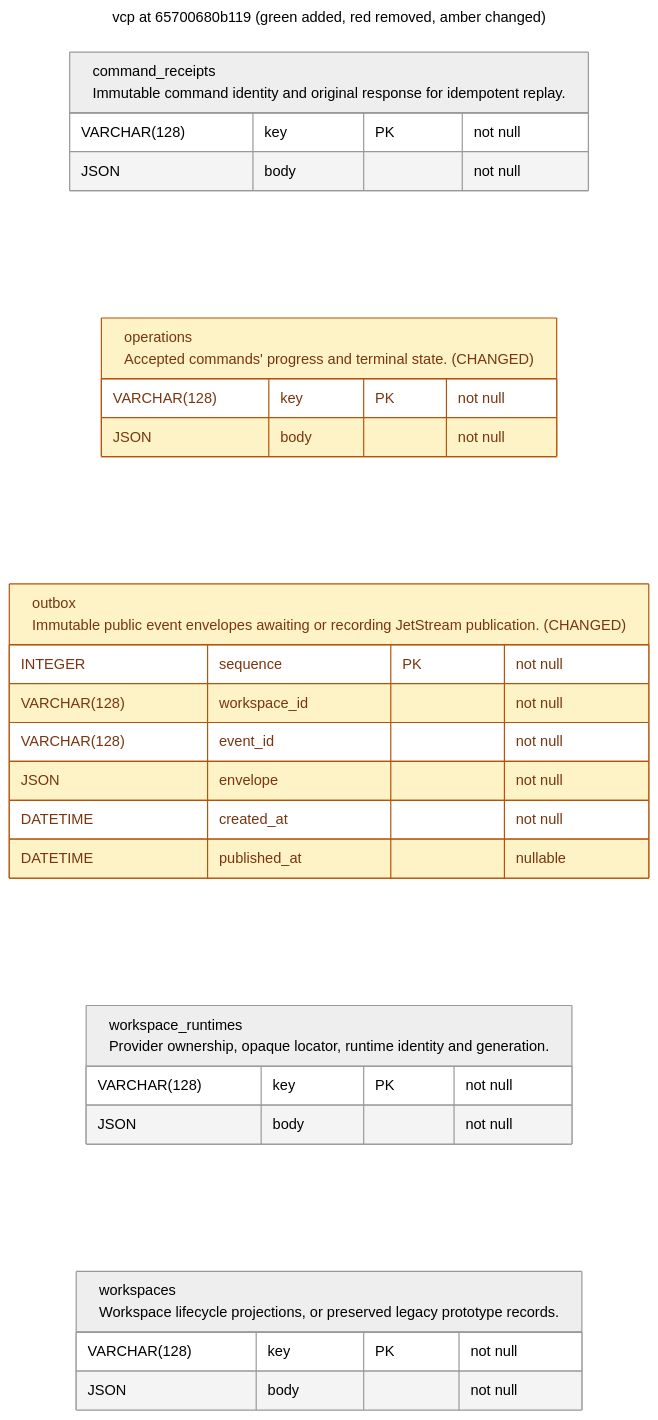
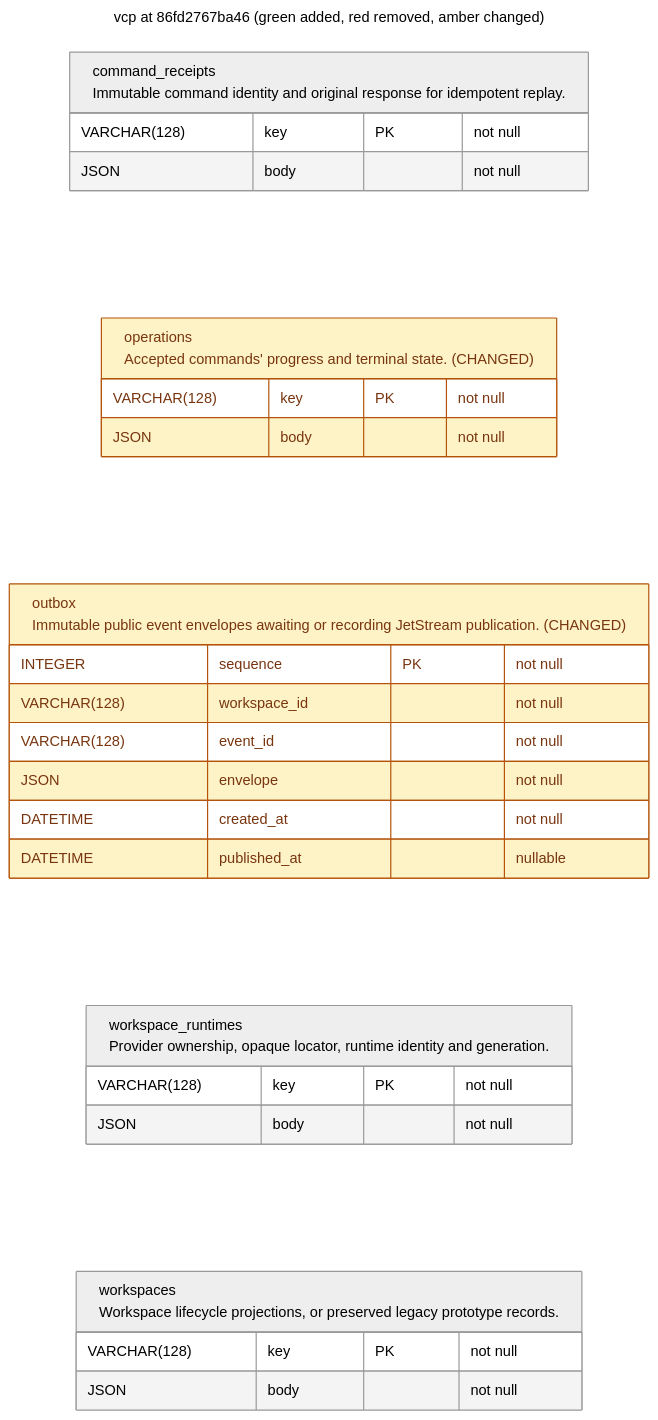
One commit to OpenEngine/OpenEngine changed the diagram in v2/docs/schema/latest_vcp.mermaid. Above: the diagram before and after it, drawn with Mermaid. The commit also changed 4 other files, not shown here.

Commit message:
docs: update service schemas

```diff
--- a/v2/docs/schema/latest_vcp.mermaid
+++ b/v2/docs/schema/latest_vcp.mermaid
@@ -1,39 +1,39 @@
 ---
-title: vcp at 65700680b119 (green added, red removed, amber changed)
+title: vcp at 86fd2767ba46 (green added, red removed, amber changed)
 config:
   theme: neutral
 ---
 erDiagram
     direction LR
     %% REMOVED tables/columns are tombstones, absent from this revision's schema.
     %% Column changes include type, nullability, default and key membership.
     %% Table changes also include indexes and constraints.
     classDef added fill:#dcfce7,stroke:#15803d,color:#14532d
     classDef removed fill:#fee2e2,stroke:#b91c1c,color:#7f1d1d
     classDef changed fill:#fef3c7,stroke:#b45309,color:#78350f
     command_receipts["command_receipts<br/>Immutable command identity and original response for idempotent replay."] {
         VARCHAR(128) key PK "not null"
         JSON body "not null"
     }
     operations["operations<br/>Accepted commands' progress and terminal state. (CHANGED)"] {
         VARCHAR(128) key PK "not null"
         JSON body "not null"
     }
     class operations changed
     outbox["outbox<br/>Immutable public event envelopes awaiting or recording JetStream publication. (CHANGED)"] {
         INTEGER sequence PK "not null"
         VARCHAR(128) workspace_id "not null"
         VARCHAR(128) event_id "not null"
         JSON envelope "not null"
         DATETIME created_at "not null"
         DATETIME published_at "nullable"
     }
     class outbox changed
     workspace_runtimes["workspace_runtimes<br/>Provider ownership, opaque locator, runtime identity and generation."] {
         VARCHAR(128) key PK "not null"
         JSON body "not null"
     }
     workspaces["workspaces<br/>Workspace lifecycle projections, or preserved legacy prototype records."] {
         VARCHAR(128) key PK "not null"
         JSON body "not null"
     }
```
